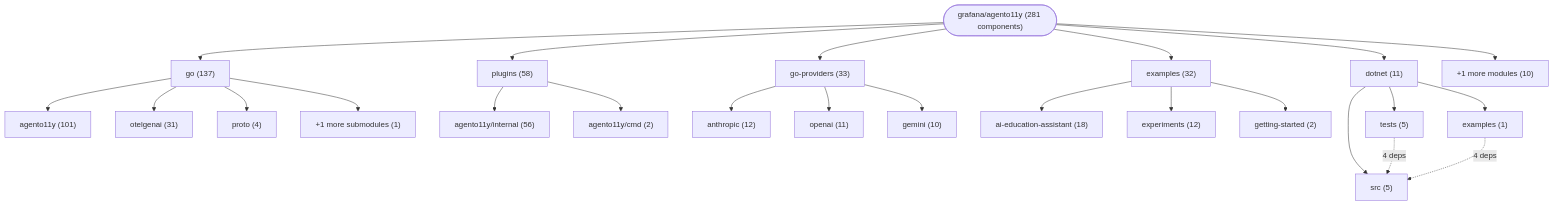
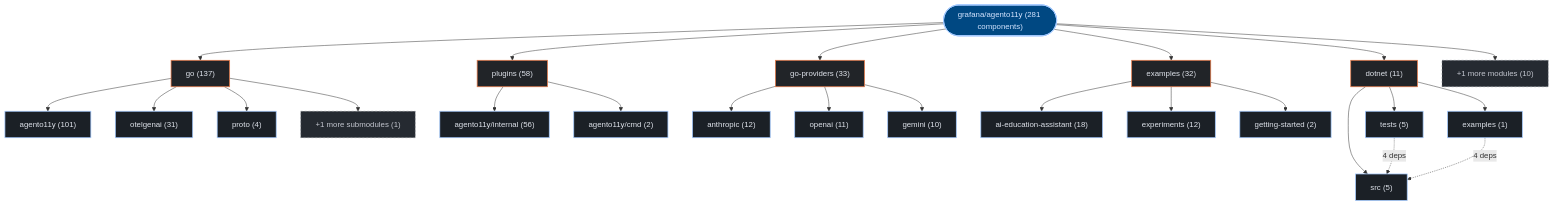
The first of 3 diagrams in exports/latest/reports/grafana-agento11y-report.md (kumarshaz/atruss-code-atlas), drawn with Mermaid before and after one commit. The commit also changed other lines of this file and 331 other files, not shown here.

Commit message:
docs,ui,fix: update SDLC docs, reorder CI/CD DAG first, stylize Mermaid, and fix Arc42 pipeline topology

````diff
--- a/exports/latest/reports/grafana-agento11y-report.md
+++ b/exports/latest/reports/grafana-agento11y-report.md
@@ -42,48 +42,55 @@
 ```mermaid
 graph TD;
-    repo_root(["grafana/agento11y (281 components)"])
-    dir_0_go["go (137)"]
+  classDef atlasRoot fill:#004882,stroke:#a3c9ff,stroke-width:2px,color:#d3e4ff
+  classDef atlasCategory fill:#212428,stroke:#E87A48,stroke-width:1.5px,color:#dfe3eb
+  classDef atlasWorkflow fill:#1b2026,stroke:#a3c9ff,stroke-width:1.5px,color:#dfe3eb
+  classDef atlasJob fill:#171c22,stroke:#8d9199,stroke-width:1px,color:#dfe3eb
+  classDef atlasTarget fill:#005227,stroke:#8bd99b,stroke-width:1.5px,color:#a7f6b6
+  classDef atlasAlert fill:#93000a,stroke:#ffb4ab,stroke-width:1.5px,color:#ffdad6
+  classDef atlasMore fill:#252a31,stroke:#8d9199,stroke-dasharray:4 4,color:#c3c6cf
+    repo_root(["grafana/agento11y (281 components)"]):::atlasRoot
+    dir_0_go["go (137)"]:::atlasCategory
     repo_root --> dir_0_go
-    sub_0_0_agento11y["agento11y (101)"]
+    sub_0_0_agento11y["agento11y (101)"]:::atlasWorkflow
     dir_0_go --> sub_0_0_agento11y
-    sub_0_1_otelgenai["otelgenai (31)"]
+    sub_0_1_otelgenai["otelgenai (31)"]:::atlasWorkflow
     dir_0_go --> sub_0_1_otelgenai
-    sub_0_2_proto["proto (4)"]
+    sub_0_2_proto["proto (4)"]:::atlasWorkflow
     dir_0_go --> sub_0_2_proto
-    sub_0_more["+1 more submodules (1)"]
+    sub_0_more["+1 more submodules (1)"]:::atlasMore
     dir_0_go --> sub_0_more
-    dir_1_plugins["plugins (58)"]
+    dir_1_plugins["plugins (58)"]:::atlasCategory
     repo_root --> dir_1_plugins
-    sub_1_0_agento11y_internal["agento11y/internal (56)"]
+    sub_1_0_agento11y_internal["agento11y/internal (56)"]:::atlasWorkflow
     dir_1_plugins --> sub_1_0_agento11y_internal
-    sub_1_1_agento11y_cmd["agento11y/cmd (2)"]
+    sub_1_1_agento11y_cmd["agento11y/cmd (2)"]:::atlasWorkflow
     dir_1_plugins --> sub_1_1_agento11y_cmd
-    dir_2_go_providers["go-providers (33)"]
+    dir_2_go_providers["go-providers (33)"]:::atlasCategory
     repo_root --> dir_2_go_providers
-    sub_2_0_anthropic["anthropic (12)"]
+    sub_2_0_anthropic["anthropic (12)"]:::atlasWorkflow
     dir_2_go_providers --> sub_2_0_anthropic
-    sub_2_1_openai["openai (11)"]
+    sub_2_1_openai["openai (11)"]:::atlasWorkflow
     dir_2_go_providers --> sub_2_1_openai
-    sub_2_2_gemini["gemini (10)"]
+    sub_2_2_gemini["gemini (10)"]:::atlasWorkflow
     dir_2_go_providers --> sub_2_2_gemini
-    dir_3_examples["examples (32)"]
+    dir_3_examples["examples (32)"]:::atlasCategory
     repo_root --> dir_3_examples
-    sub_3_0_ai_education_assistant["ai-education-assistant (18)"]
+    sub_3_0_ai_education_assistant["ai-education-assistant (18)"]:::atlasWorkflow
     dir_3_examples --> sub_3_0_ai_education_assistant
-    sub_3_1_experiments["experiments (12)"]
+    sub_3_1_experiments["experiments (12)"]:::atlasWorkflow
     dir_3_examples --> sub_3_1_experiments
-    sub_3_2_getting_started["getting-started (2)"]
+    sub_3_2_getting_started["getting-started (2)"]:::atlasWorkflow
     dir_3_examples --> sub_3_2_getting_started
-    dir_4_dotnet["dotnet (11)"]
+    dir_4_dotnet["dotnet (11)"]:::atlasCategory
     repo_root --> dir_4_dotnet
-    sub_4_0_src["src (5)"]
+    sub_4_0_src["src (5)"]:::atlasWorkflow
     dir_4_dotnet --> sub_4_0_src
-    sub_4_1_tests["tests (5)"]
+    sub_4_1_tests["tests (5)"]:::atlasWorkflow
     dir_4_dotnet --> sub_4_1_tests
-    sub_4_2_examples["examples (1)"]
+    sub_4_2_examples["examples (1)"]:::atlasWorkflow
     dir_4_dotnet --> sub_4_2_examples
-    dir_other_modules["+1 more modules (10)"]
+    dir_other_modules["+1 more modules (10)"]:::atlasMore
     repo_root --> dir_other_modules
     sub_4_1_tests -.->|"4 deps"| sub_4_0_src
     sub_4_2_examples -.->|"4 deps"| sub_4_0_src
 ```
````
